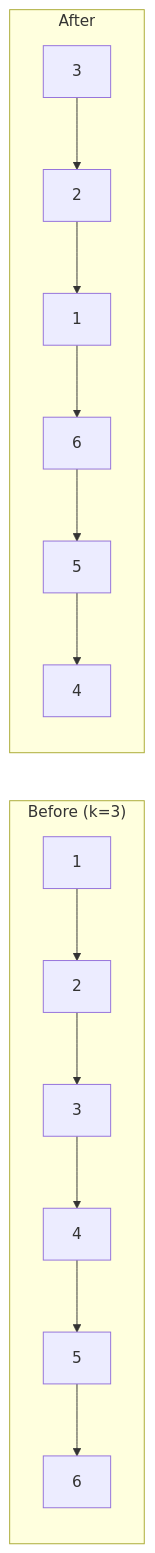
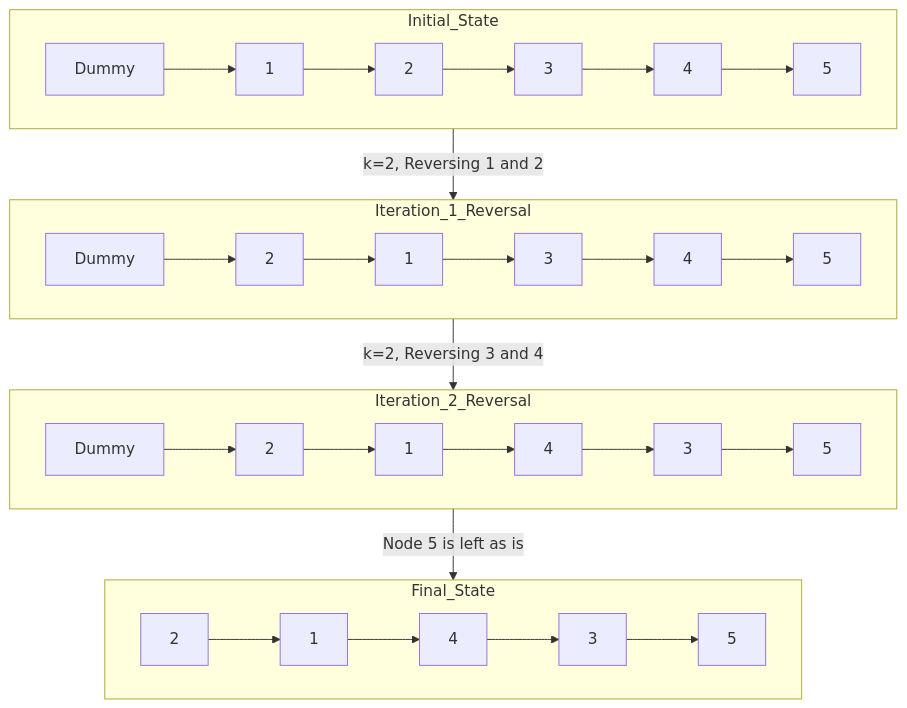
One commit to Hike-12/CCP changed the diagram in practical_exam/q1_reverse_k_group.md. Above: the diagram before and after it, drawn with Mermaid. The commit also changed other lines of this file and 17 other files, not shown here.

````diff
--- a/practical_exam/q1_reverse_k_group.md
+++ b/practical_exam/q1_reverse_k_group.md
@@ -72,9 +216,26 @@
 ```mermaid
-graph LR
-    subgraph "Before (k=3)"
-    A1[1] --> A2[2] --> A3[3] --> A4[4] --> A5[5] --> A6[6]
+flowchart TD
+    subgraph Initial_State
+        direction LR
+        D[Dummy] --> N1[1] --> N2[2] --> N3[3] --> N4[4] --> N5[5]
     end
-    subgraph "After"
-    B3[3] --> B2[2] --> B1[1] --> B6[6] --> B5[5] --> B4[4]
+
+    subgraph Iteration_1_Reversal
+        direction LR
+        D2[Dummy] --> N2_2[2] --> N1_2[1] --> N3_2[3] --> N4_2[4] --> N5_2[5]
     end
+
+    subgraph Iteration_2_Reversal
+        direction LR
+        D3[Dummy] --> N2_3[2] --> N1_3[1] --> N4_3[4] --> N3_3[3] --> N5_3[5]
+    end
+
+    subgraph Final_State
+        direction LR
+        Final2[2] --> Final1[1] --> Final4[4] --> Final3[3] --> Final5[5]
+    end
+
+    Initial_State -->|k=2, Reversing 1 and 2| Iteration_1_Reversal
+    Iteration_1_Reversal -->|k=2, Reversing 3 and 4| Iteration_2_Reversal
+    Iteration_2_Reversal -->|Node 5 is left as is| Final_State
 ```
````
